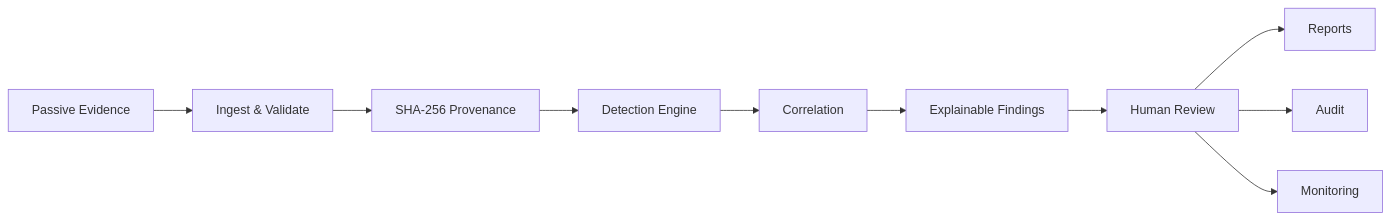
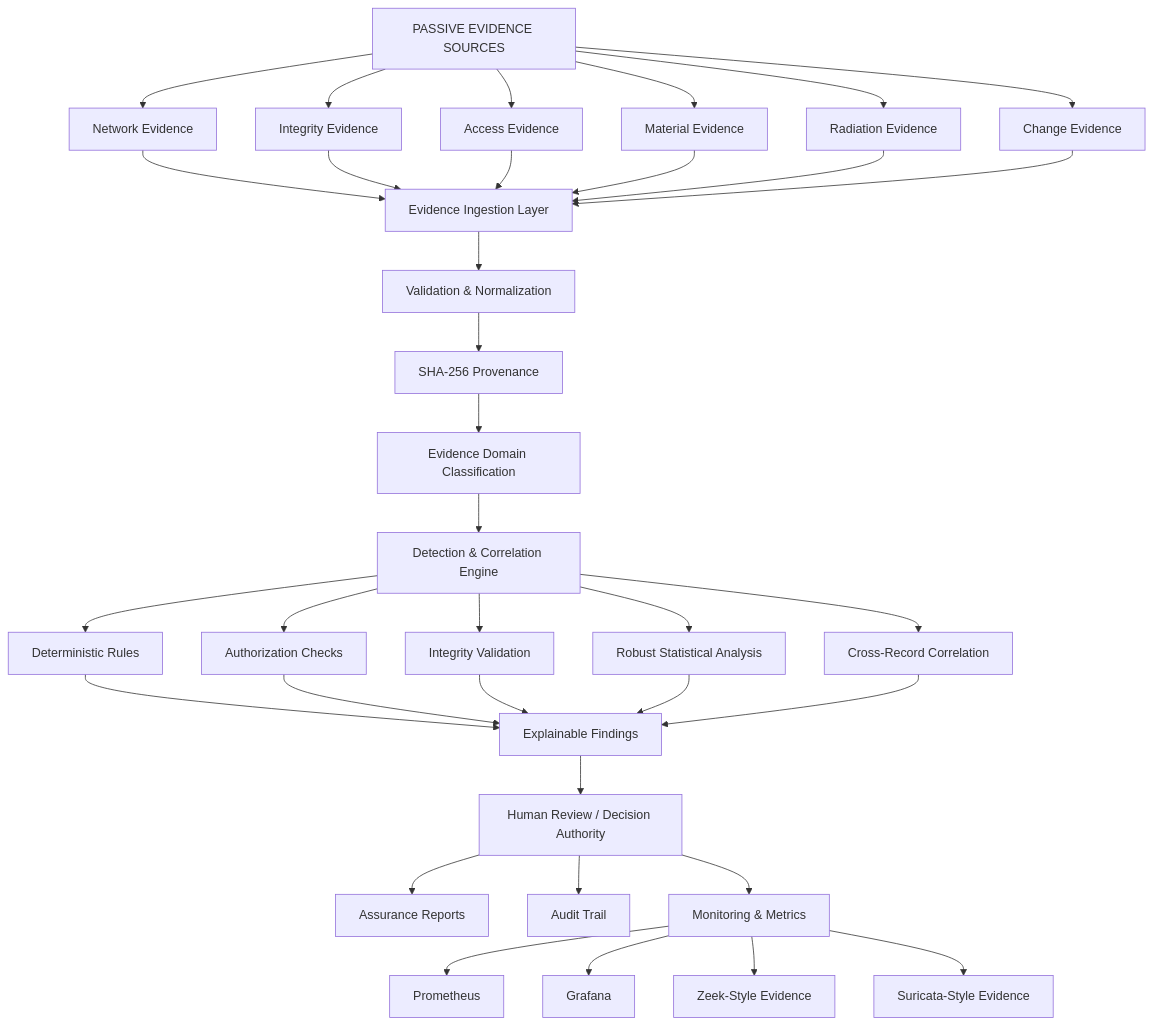
One commit to ruveeha33/NuclearShield changed the second of 6 diagrams in README.md. Above: the diagram before and after it, drawn with Mermaid. The commit also changed other lines of this file, not shown here.

````diff
--- a/README.md
+++ b/README.md
@@ -123,13 +125,48 @@
 ```mermaid
-flowchart LR
-    E["Passive Evidence"] --> I["Ingest & Validate"]
-    I --> P["SHA-256 Provenance"]
-    P --> D["Detection Engine"]
-    D --> C["Correlation"]
-    C --> F["Explainable Findings"]
-    F --> H["Human Review"]
+flowchart TD
 
-    H --> R["Reports"]
-    H --> A["Audit"]
-    H --> M["Monitoring"]
+    INPUT["PASSIVE EVIDENCE SOURCES"]
+
+    INPUT --> NET["Network Evidence"]
+    INPUT --> INT["Integrity Evidence"]
+    INPUT --> ACC["Access Evidence"]
+    INPUT --> MAT["Material Evidence"]
+    INPUT --> RAD["Radiation Evidence"]
+    INPUT --> CHG["Change Evidence"]
+
+    NET --> INGEST["Evidence Ingestion Layer"]
+    INT --> INGEST
+    ACC --> INGEST
+    MAT --> INGEST
+    RAD --> INGEST
+    CHG --> INGEST
+
+    INGEST --> VALIDATE["Validation & Normalization"]
+    VALIDATE --> HASH["SHA-256 Provenance"]
+    HASH --> CLASSIFY["Evidence Domain Classification"]
+
+    CLASSIFY --> ENGINE["Detection & Correlation Engine"]
+
+    ENGINE --> RULES["Deterministic Rules"]
+    ENGINE --> AUTH["Authorization Checks"]
+    ENGINE --> INTEGRITY["Integrity Validation"]
+    ENGINE --> STATS["Robust Statistical Analysis"]
+    ENGINE --> CORR["Cross-Record Correlation"]
+
+    RULES --> FINDINGS["Explainable Findings"]
+    AUTH --> FINDINGS
+    INTEGRITY --> FINDINGS
+    STATS --> FINDINGS
+    CORR --> FINDINGS
+
+    FINDINGS --> HUMAN["Human Review / Decision Authority"]
+
+    HUMAN --> REPORT["Assurance Reports"]
+    HUMAN --> AUDIT["Audit Trail"]
+    HUMAN --> MONITOR["Monitoring & Metrics"]
+
+    MONITOR --> PROM["Prometheus"]
+    MONITOR --> GRAF["Grafana"]
+    MONITOR --> ZEEK["Zeek-Style Evidence"]
+    MONITOR --> SURI["Suricata-Style Evidence"]
 ```
````
